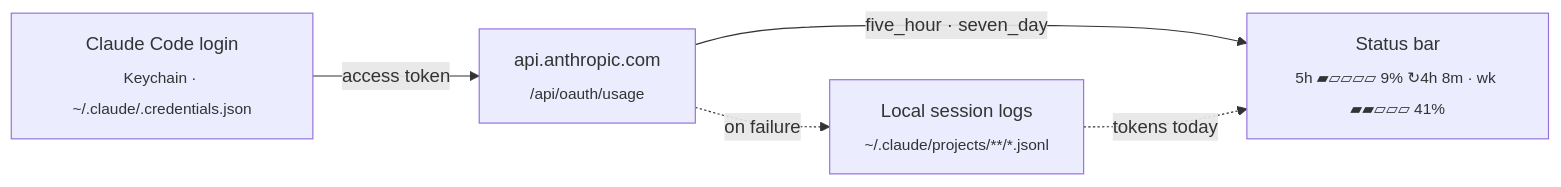
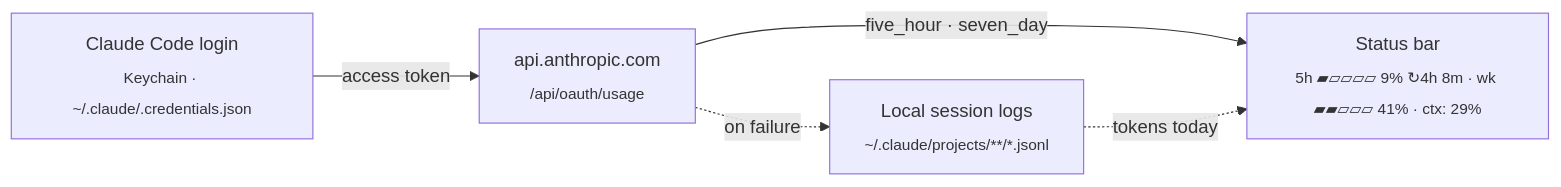
Before and after one commit to kabartay/tokenwatch: the diagram in README.md, drawn with Mermaid. The commit also changed other lines of this file and 6 other files, not shown here.

First line of the commit message:
Merge quota and context into one status bar line; add a repo CLAUDE.md

````diff
--- a/README.md
+++ b/README.md
@@ -89,12 +89,12 @@
 ```mermaid
 flowchart LR
   K["Claude Code login<br/><sub>Keychain · ~/.claude/.credentials.json</sub>"]
   API["api.anthropic.com<br/><sub>/api/oauth/usage</sub>"]
   LOGS["Local session logs<br/><sub>~/.claude/projects/**/*.jsonl</sub>"]
-  SB["Status bar<br/><sub>5h ▰▱▱▱▱ 9% ↻4h 8m · wk ▰▰▱▱▱ 41%</sub>"]
+  SB["Status bar<br/><sub>5h ▰▱▱▱▱ 9% ↻4h 8m · wk ▰▰▱▱▱ 41% · ctx: 29%</sub>"]
 
   K -->|access token| API
   API -->|five_hour · seven_day| SB
   API -.->|on failure| LOGS
   LOGS -.->|tokens today| SB
 ```
````
